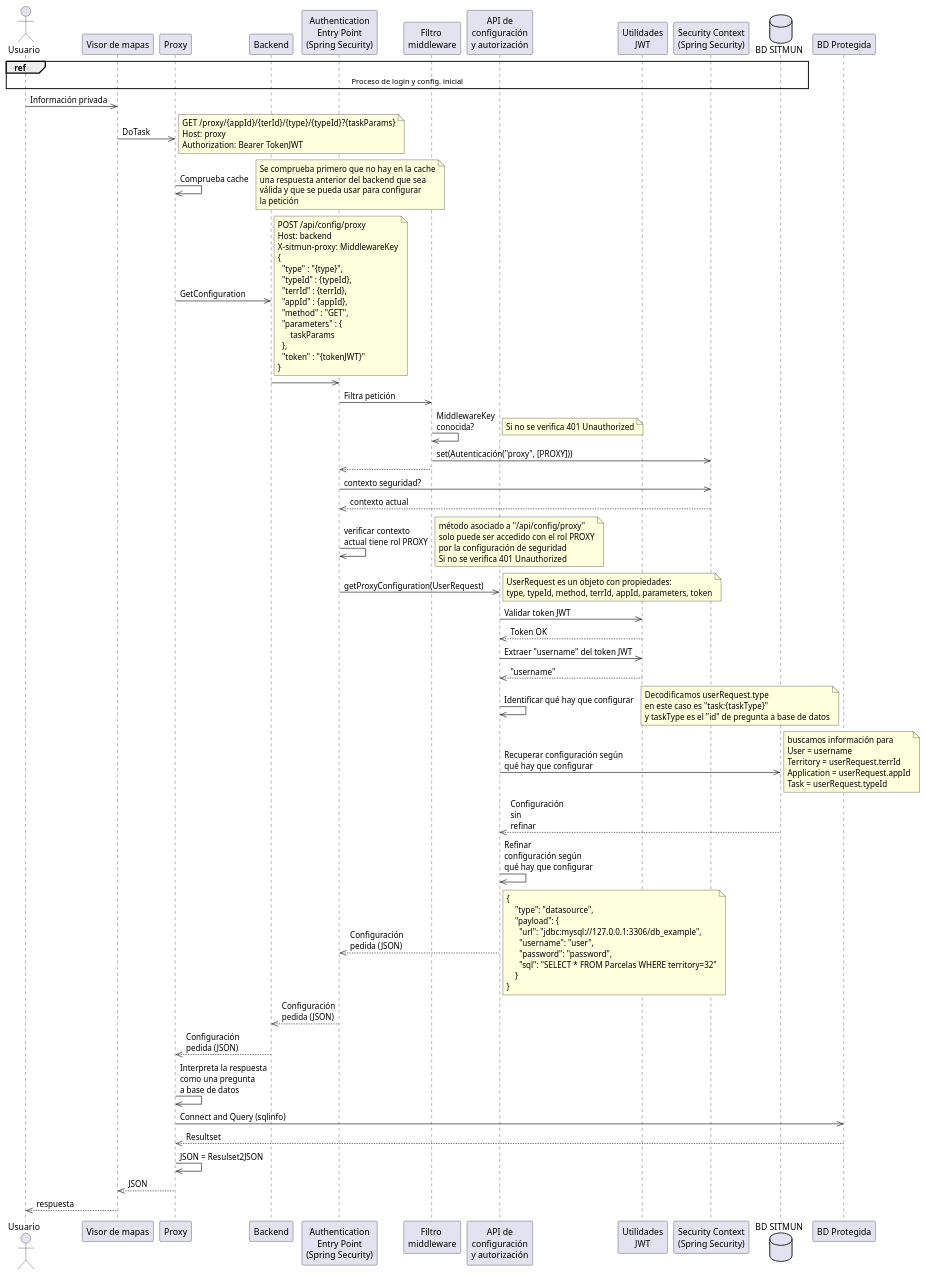
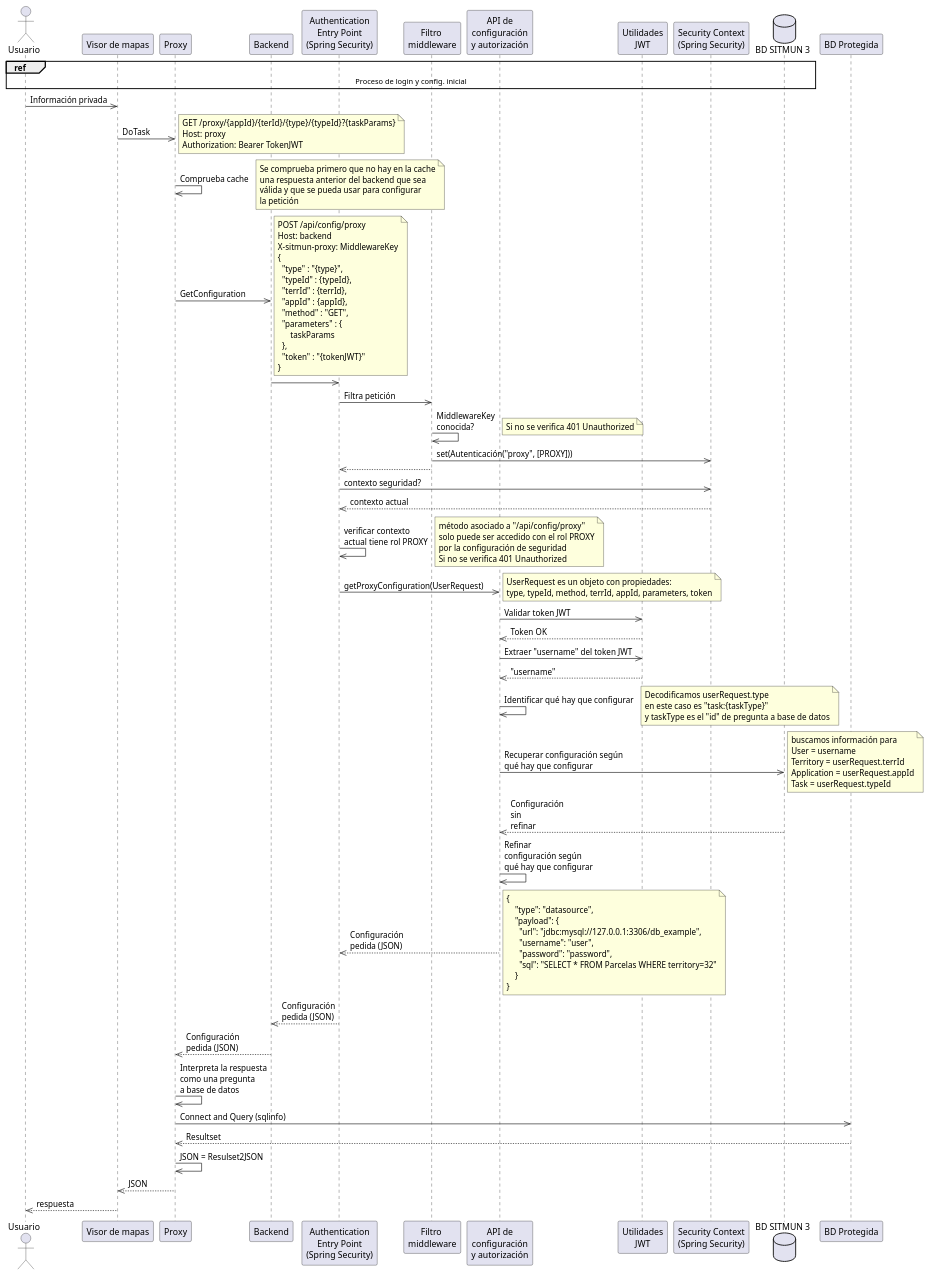
One commit to sitmun/sitmun.github.io changed the fourth of 8 diagrams in docs/architecture.md. Above: the diagram before and after it, drawn with PlantUML. The commit also changed other lines of this file and 6 other files, not shown here.

```diff
--- a/docs/architecture.md
+++ b/docs/architecture.md
@@ -581,7 +581,7 @@
 participant "API de\nconfiguración\ny autorización" as ConfigurationAPI
 participant "Utilidades\nJWT" as JWTUtils
 participant "Security Context\n(Spring Security)" as SecurityContext
-database "BD SITMUN" as Database
+database "BD SITMUN 3" as Database
 participant "BD Protegida" as ProtectedDatabase
 
 ref over Usuario, Database : Proceso de login y config. inicial
```
